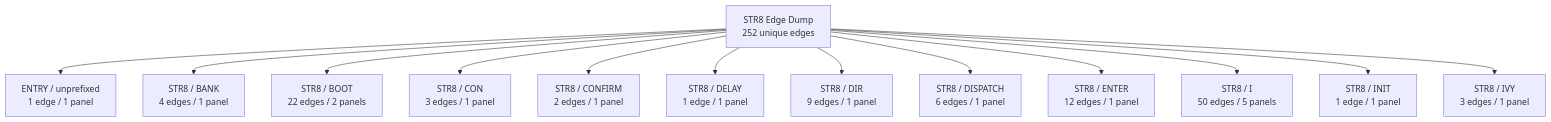
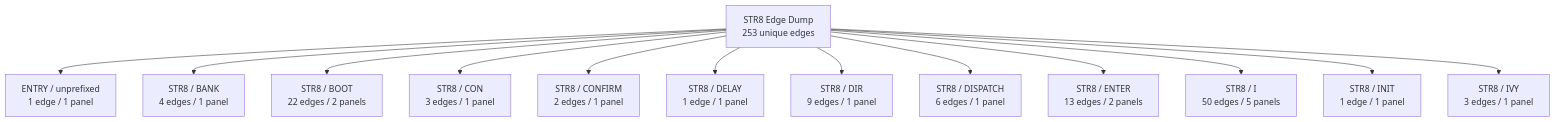
One commit to 95westus/R-YORS changed the first of 43 diagrams in DOC/GUIDES/STR8/STR8_EDGE_DUMP.md. Above: the diagram before and after it, drawn with Mermaid. The commit also changed other lines of this file and 32 other files, not shown here.

````diff
--- a/DOC/GUIDES/STR8/STR8_EDGE_DUMP.md
+++ b/DOC/GUIDES/STR8/STR8_EDGE_DUMP.md
@@ -26,15 +26,15 @@
 ```mermaid
 flowchart TD
-    EDGE_ATLAS_ROOT_0["STR8 Edge Dump<br/>252 unique edges"] --> EDGE_FAMILY_0_0["ENTRY / unprefixed<br/>1 edge / 1 panel"]
-    EDGE_ATLAS_ROOT_0["STR8 Edge Dump<br/>252 unique edges"] --> EDGE_FAMILY_0_1["STR8 / BANK<br/>4 edges / 1 panel"]
-    EDGE_ATLAS_ROOT_0["STR8 Edge Dump<br/>252 unique edges"] --> EDGE_FAMILY_0_2["STR8 / BOOT<br/>22 edges / 2 panels"]
-    EDGE_ATLAS_ROOT_0["STR8 Edge Dump<br/>252 unique edges"] --> EDGE_FAMILY_0_3["STR8 / CON<br/>3 edges / 1 panel"]
-    EDGE_ATLAS_ROOT_0["STR8 Edge Dump<br/>252 unique edges"] --> EDGE_FAMILY_0_4["STR8 / CONFIRM<br/>2 edges / 1 panel"]
-    EDGE_ATLAS_ROOT_0["STR8 Edge Dump<br/>252 unique edges"] --> EDGE_FAMILY_0_5["STR8 / DELAY<br/>1 edge / 1 panel"]
-    EDGE_ATLAS_ROOT_0["STR8 Edge Dump<br/>252 unique edges"] --> EDGE_FAMILY_0_6["STR8 / DIR<br/>9 edges / 1 panel"]
-    EDGE_ATLAS_ROOT_0["STR8 Edge Dump<br/>252 unique edges"] --> EDGE_FAMILY_0_7["STR8 / DISPATCH<br/>6 edges / 1 panel"]
-    EDGE_ATLAS_ROOT_0["STR8 Edge Dump<br/>252 unique edges"] --> EDGE_FAMILY_0_8["STR8 / ENTER<br/>12 edges / 1 panel"]
-    EDGE_ATLAS_ROOT_0["STR8 Edge Dump<br/>252 unique edges"] --> EDGE_FAMILY_0_9["STR8 / I<br/>50 edges / 5 panels"]
-    EDGE_ATLAS_ROOT_0["STR8 Edge Dump<br/>252 unique edges"] --> EDGE_FAMILY_0_10["STR8 / INIT<br/>1 edge / 1 panel"]
-    EDGE_ATLAS_ROOT_0["STR8 Edge Dump<br/>252 unique edges"] --> EDGE_FAMILY_0_11["STR8 / IVY<br/>3 edges / 1 panel"]
+    EDGE_ATLAS_ROOT_0["STR8 Edge Dump<br/>253 unique edges"] --> EDGE_FAMILY_0_0["ENTRY / unprefixed<br/>1 edge / 1 panel"]
+    EDGE_ATLAS_ROOT_0["STR8 Edge Dump<br/>253 unique edges"] --> EDGE_FAMILY_0_1["STR8 / BANK<br/>4 edges / 1 panel"]
+    EDGE_ATLAS_ROOT_0["STR8 Edge Dump<br/>253 unique edges"] --> EDGE_FAMILY_0_2["STR8 / BOOT<br/>22 edges / 2 panels"]
+    EDGE_ATLAS_ROOT_0["STR8 Edge Dump<br/>253 unique edges"] --> EDGE_FAMILY_0_3["STR8 / CON<br/>3 edges / 1 panel"]
+    EDGE_ATLAS_ROOT_0["STR8 Edge Dump<br/>253 unique edges"] --> EDGE_FAMILY_0_4["STR8 / CONFIRM<br/>2 edges / 1 panel"]
+    EDGE_ATLAS_ROOT_0["STR8 Edge Dump<br/>253 unique edges"] --> EDGE_FAMILY_0_5["STR8 / DELAY<br/>1 edge / 1 panel"]
+    EDGE_ATLAS_ROOT_0["STR8 Edge Dump<br/>253 unique edges"] --> EDGE_FAMILY_0_6["STR8 / DIR<br/>9 edges / 1 panel"]
+    EDGE_ATLAS_ROOT_0["STR8 Edge Dump<br/>253 unique edges"] --> EDGE_FAMILY_0_7["STR8 / DISPATCH<br/>6 edges / 1 panel"]
+    EDGE_ATLAS_ROOT_0["STR8 Edge Dump<br/>253 unique edges"] --> EDGE_FAMILY_0_8["STR8 / ENTER<br/>13 edges / 2 panels"]
+    EDGE_ATLAS_ROOT_0["STR8 Edge Dump<br/>253 unique edges"] --> EDGE_FAMILY_0_9["STR8 / I<br/>50 edges / 5 panels"]
+    EDGE_ATLAS_ROOT_0["STR8 Edge Dump<br/>253 unique edges"] --> EDGE_FAMILY_0_10["STR8 / INIT<br/>1 edge / 1 panel"]
+    EDGE_ATLAS_ROOT_0["STR8 Edge Dump<br/>253 unique edges"] --> EDGE_FAMILY_0_11["STR8 / IVY<br/>3 edges / 1 panel"]
 ```
````
